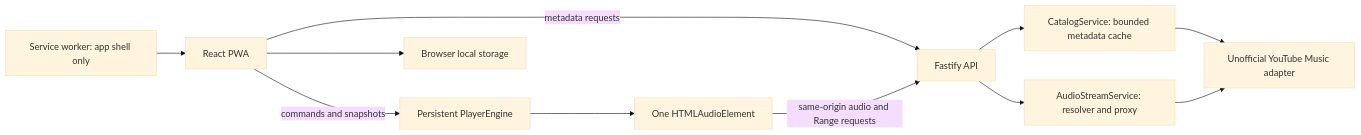
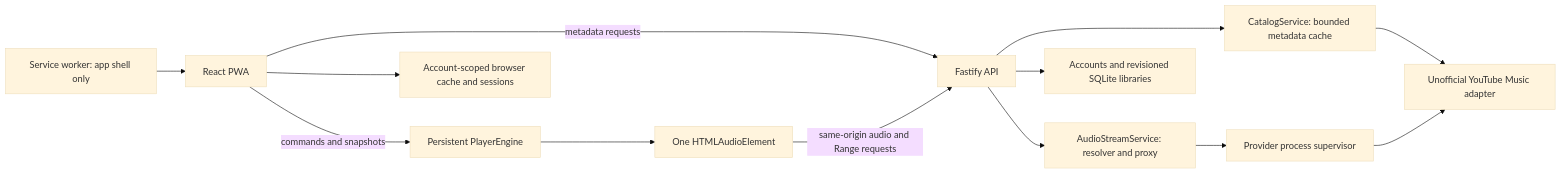
Before and after one commit to Gabriele30/musicbit: the diagram in docs/architecture.md, drawn with Mermaid (base theme). The commit also changed other lines of this file and 81 other files, not shown here.

````diff
--- a/docs/architecture.md
+++ b/docs/architecture.md
@@ -5,13 +5,15 @@
 ```mermaid
 flowchart LR
   UI[React PWA] -->|metadata requests| API[Fastify API]
   UI -->|commands and snapshots| Player[Persistent PlayerEngine]
   Player --> Audio[One HTMLAudioElement]
   Audio -->|same-origin audio and Range requests| API
   API --> Catalog[CatalogService: bounded metadata cache]
   API --> Streams[AudioStreamService: resolver and proxy]
   Catalog --> Provider[Unofficial YouTube Music adapter]
-  Streams --> Provider
-  UI --> Local[Browser local storage]
+  Streams --> Supervisor[Provider process supervisor]
+  Supervisor --> Provider
+  UI --> Local[Account-scoped browser cache and sessions]
+  API --> Accounts[Accounts and revisioned SQLite libraries]
   SW[Service worker: app shell only] --> UI
 ```
````
